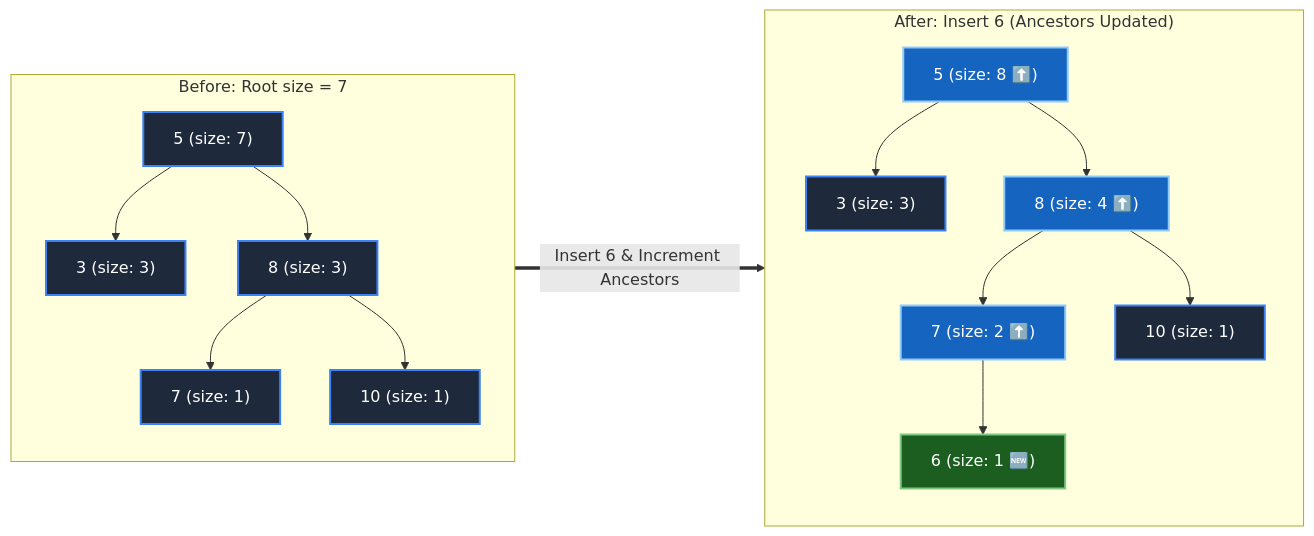
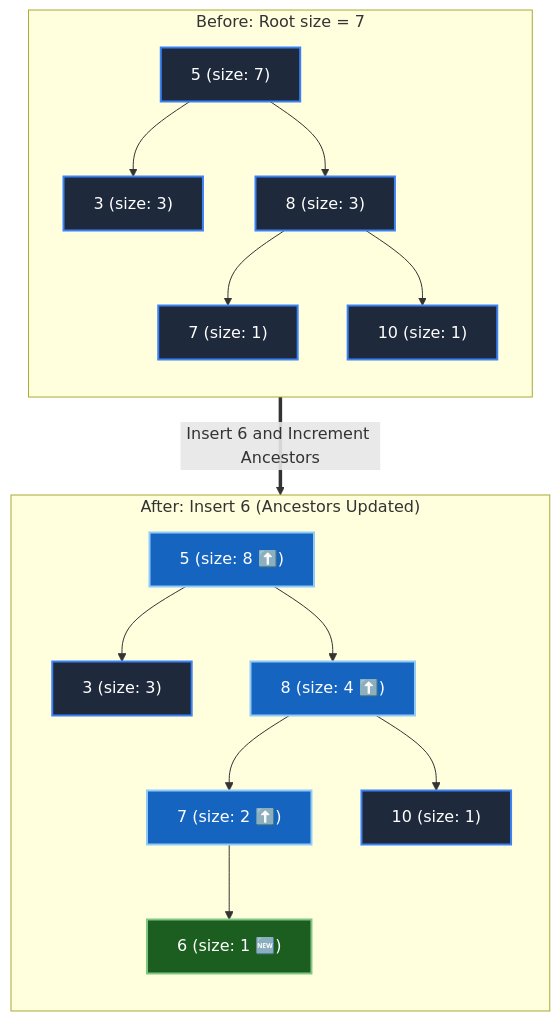
One commit to dip4k/DSA_102 changed diagram 23 of 25 in week_07_trees_and_balanced_search_trees/Week_07_Visual_Concepts_Playbook_HYBRID.md. Above: the diagram before and after it, drawn with Mermaid. The commit also changed other lines of this file and 191 other files, not shown here.

````diff
--- a/week_07_trees_and_balanced_search_trees/Week_07_Visual_Concepts_Playbook_HYBRID.md
+++ b/week_07_trees_and_balanced_search_trees/Week_07_Visual_Concepts_Playbook_HYBRID.md
@@ -678,25 +678,25 @@
 ```mermaid
-flowchart LR
+flowchart TD
     subgraph BeforeInsert["Before: Root size = 7"]
         direction TB
         B5["5 (size: 7)"] --> B3["3 (size: 3)"]
         B5 --> B8["8 (size: 3)"]
         B8 --> B7["7 (size: 1)"]
         B8 --> B10["10 (size: 1)"]
     end
 
     subgraph AfterInsert["After: Insert 6 (Ancestors Updated)"]
         direction TB
         A5["5 (size: 8 ⬆️)"]:::updateNode --> A3["3 (size: 3)"]
         A5 --> A8["8 (size: 4 ⬆️)"]:::updateNode
         A8 --> A7["7 (size: 2 ⬆️)"]:::updateNode
         A8 --> A10["10 (size: 1)"]
         A7 --> A6["6 (size: 1 🆕)"]:::newNode
     end
 
-    BeforeInsert ==>|"Insert 6 & Increment Ancestors"| AfterInsert
+    BeforeInsert ==>|"Insert 6 and Increment Ancestors"| AfterInsert
 
     classDef updateNode fill:#1565c0,stroke:#90caf9,stroke-width:2px,color:#ffffff
     classDef newNode fill:#1b5e20,stroke:#81c784,stroke-width:2px,color:#ffffff
     classDef default fill:#1e293b,stroke:#3b82f6,stroke-width:2px,color:#ffffff
 ```
````
